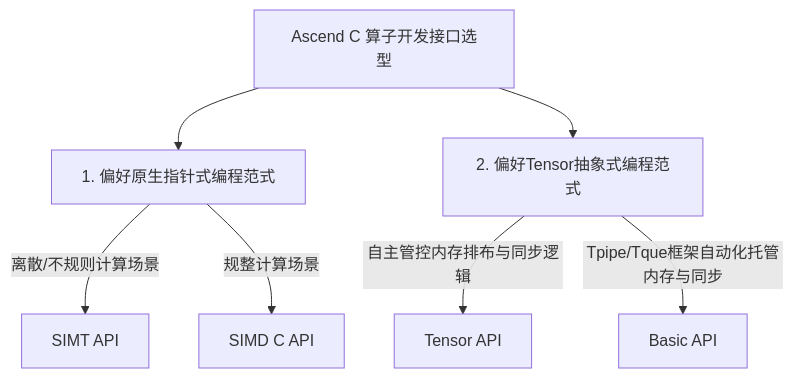
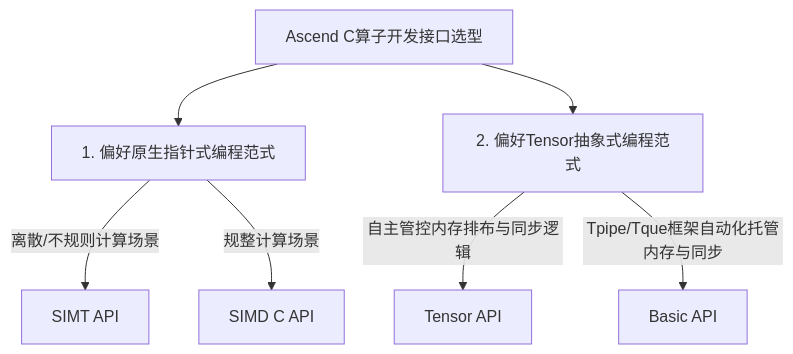
Before and after one commit to qingshangyan12/asc-devkit_clone: the diagram in docs/zh/asc_how_to_choose_api.md, drawn with Mermaid. The commit also changed other lines of this file and 3 other files, not shown here.

````diff
--- a/docs/zh/asc_how_to_choose_api.md
+++ b/docs/zh/asc_how_to_choose_api.md
@@ -39,9 +40,9 @@
 ```mermaid
 graph TD
-    A[Ascend C 算子开发接口选型] --> B[1. 偏好原生指针式编程范式]
+    A[Ascend C算子开发接口选型] --> B[1. 偏好原生指针式编程范式]
     A --> C[2. 偏好Tensor抽象式编程范式]
     B -->|离散/不规则计算场景| E[SIMT API]
     B -->|规整计算场景| F[SIMD C API]
     C -->|自主管控内存排布与同步逻辑| G[Tensor API]
     C -->|Tpipe/Tque框架自动化托管内存与同步| H[Basic API]
 ```
````
